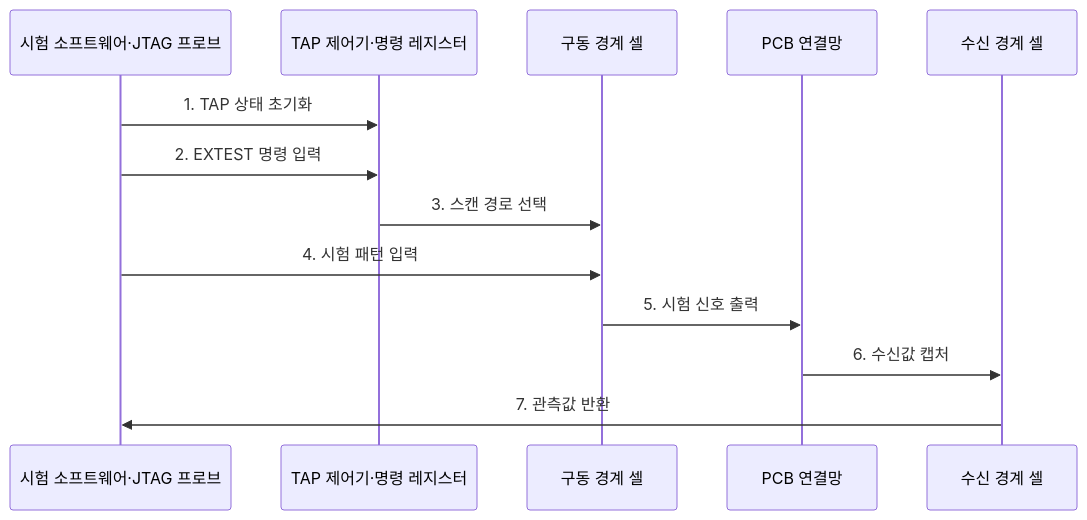
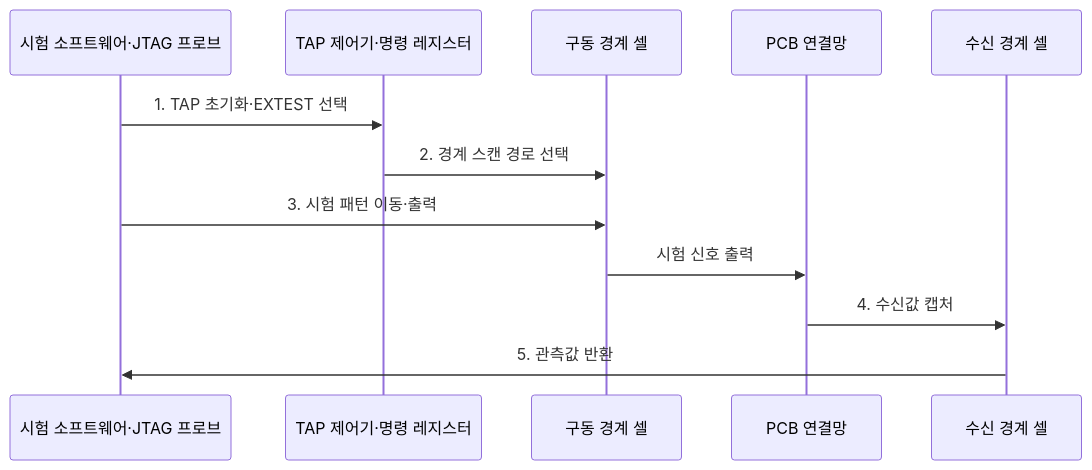
The second of 2 diagrams in src/content/docs/notes/02-hardware/065_jtag.md (agnusdei1207/knowledge-base), drawn with Mermaid before and after one commit. The commit also changed other lines of this file and 86 other files, not shown here.

````diff
--- a/src/content/docs/notes/02-hardware/065_jtag.md
+++ b/src/content/docs/notes/02-hardware/065_jtag.md
@@ -83,16 +83,15 @@
 ```mermaid
 sequenceDiagram
     participant H as 시험 소프트웨어·JTAG 프로브
     participant T as TAP 제어기·명령 레지스터
     participant B1 as 구동 경계 셀
     participant N as PCB 연결망
     participant B2 as 수신 경계 셀
 
-    H->>T: 1. TAP 상태 초기화
-    H->>T: 2. EXTEST 명령 입력
-    T->>B1: 3. 스캔 경로 선택
-    H->>B1: 4. 시험 패턴 입력
-    B1->>N: 5. 시험 신호 출력
-    N->>B2: 6. 수신값 캡처
-    B2->>H: 7. 관측값 반환
+    H->>T: 1. TAP 초기화·EXTEST 선택
+    T->>B1: 2. 경계 스캔 경로 선택
+    H->>B1: 3. 시험 패턴 이동·출력
+    B1->>N: 시험 신호 출력
+    N->>B2: 4. 수신값 캡처
+    B2->>H: 5. 관측값 반환
 ```
````
